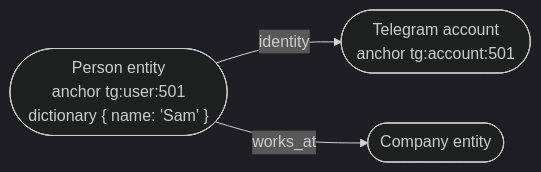
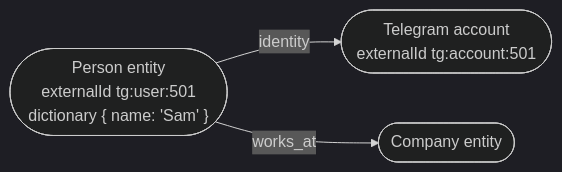
The second of 4 diagrams in docs/plugins/architecture.md (0xmikko/magnis), drawn with Mermaid (dark theme) before and after one commit. The commit also changed other lines of this file and 298 other files, not shown here.

````diff
--- a/docs/plugins/architecture.md
+++ b/docs/plugins/architecture.md
@@ -63,8 +63,8 @@
 ```mermaid
 graph LR
-    P(["Person entity<br/>anchor tg:user:501<br/>dictionary { name: 'Sam' }"])
-    A(["Telegram account<br/>anchor tg:account:501"])
+    P(["Person entity<br/>externalId tg:user:501<br/>dictionary { name: 'Sam' }"])
+    A(["Telegram account<br/>externalId tg:account:501"])
     Co(["Company entity"])
     P -->|identity| A
     P -->|works_at| Co
 ```
````
